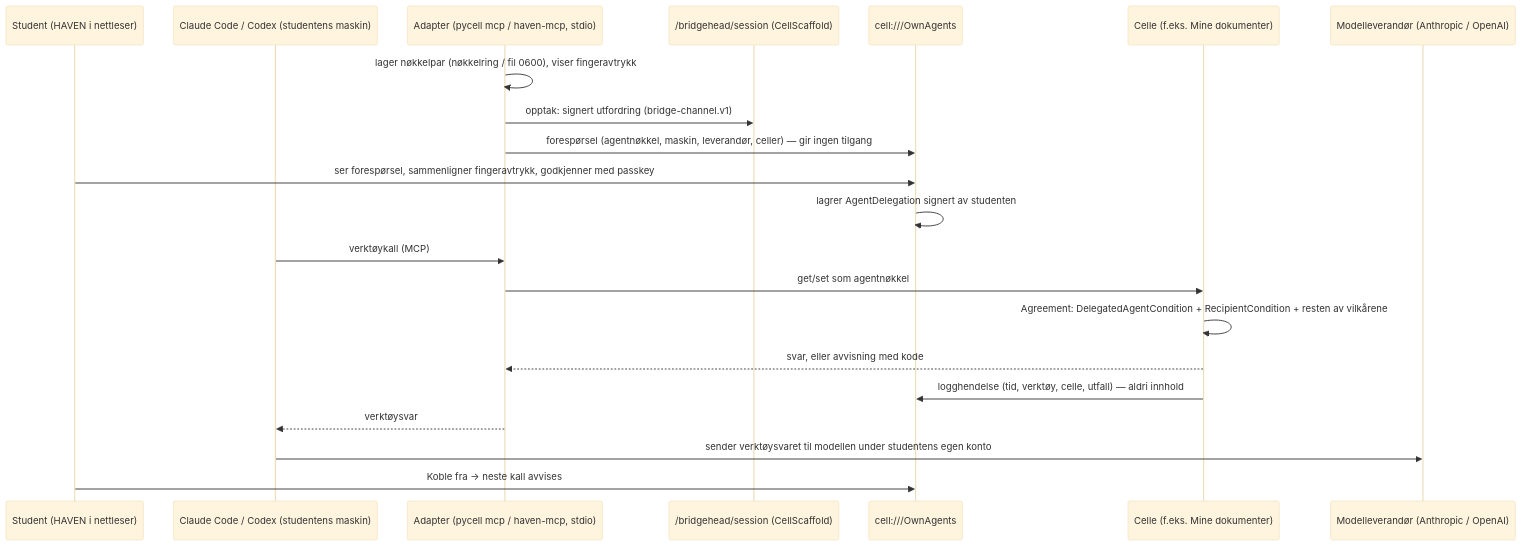
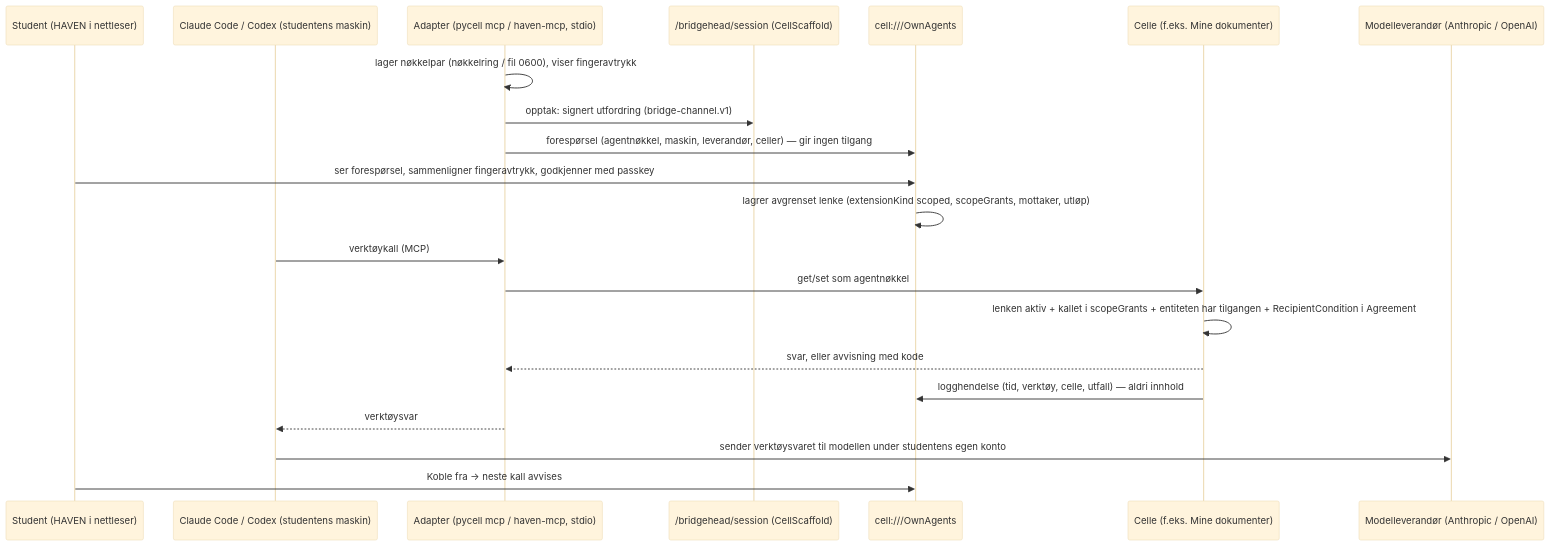
One commit to Digipomps/CellProtocolDocuments changed the diagram in Deliverables/PDD_egen-agent-mcp_2026-11-20/dataflow.md. Above: the diagram before and after it, drawn with Mermaid (base theme). The commit also changed other lines of this file and 3 other files, not shown here.

First line of the commit message:
PDD egen-agent-mcp: planbytte 1, avgrenset lenke i stedet for AgentDelegation

````diff
--- a/Deliverables/PDD_egen-agent-mcp_2026-11-20/dataflow.md
+++ b/Deliverables/PDD_egen-agent-mcp_2026-11-20/dataflow.md
@@ -3,24 +3,24 @@
 ```mermaid
 sequenceDiagram
   participant S as Student (HAVEN i nettleser)
   participant C as Claude Code / Codex (studentens maskin)
   participant A as Adapter (pycell mcp / haven-mcp, stdio)
   participant B as /bridgehead/session (CellScaffold)
   participant O as cell:///OwnAgents
   participant X as Celle (f.eks. Mine dokumenter)
   participant P as Modelleverandør (Anthropic / OpenAI)
 
   A->>A: lager nøkkelpar (nøkkelring / fil 0600), viser fingeravtrykk
   A->>B: opptak: signert utfordring (bridge-channel.v1)
   A->>O: forespørsel (agentnøkkel, maskin, leverandør, celler) — gir ingen tilgang
   S->>O: ser forespørsel, sammenligner fingeravtrykk, godkjenner med passkey
-  O->>O: lagrer AgentDelegation signert av studenten
+  O->>O: lagrer avgrenset lenke (extensionKind scoped, scopeGrants, mottaker, utløp)
   C->>A: verktøykall (MCP)
   A->>X: get/set som agentnøkkel
-  X->>X: Agreement: DelegatedAgentCondition + RecipientCondition + resten av vilkårene
+  X->>X: lenken aktiv + kallet i scopeGrants + entiteten har tilgangen + RecipientCondition i Agreement
   X-->>A: svar, eller avvisning med kode
   X->>O: logghendelse (tid, verktøy, celle, utfall) — aldri innhold
   A-->>C: verktøysvar
   C->>P: sender verktøysvaret til modellen under studentens egen konto
   S->>O: Koble fra → neste kall avvises
 ```
````
